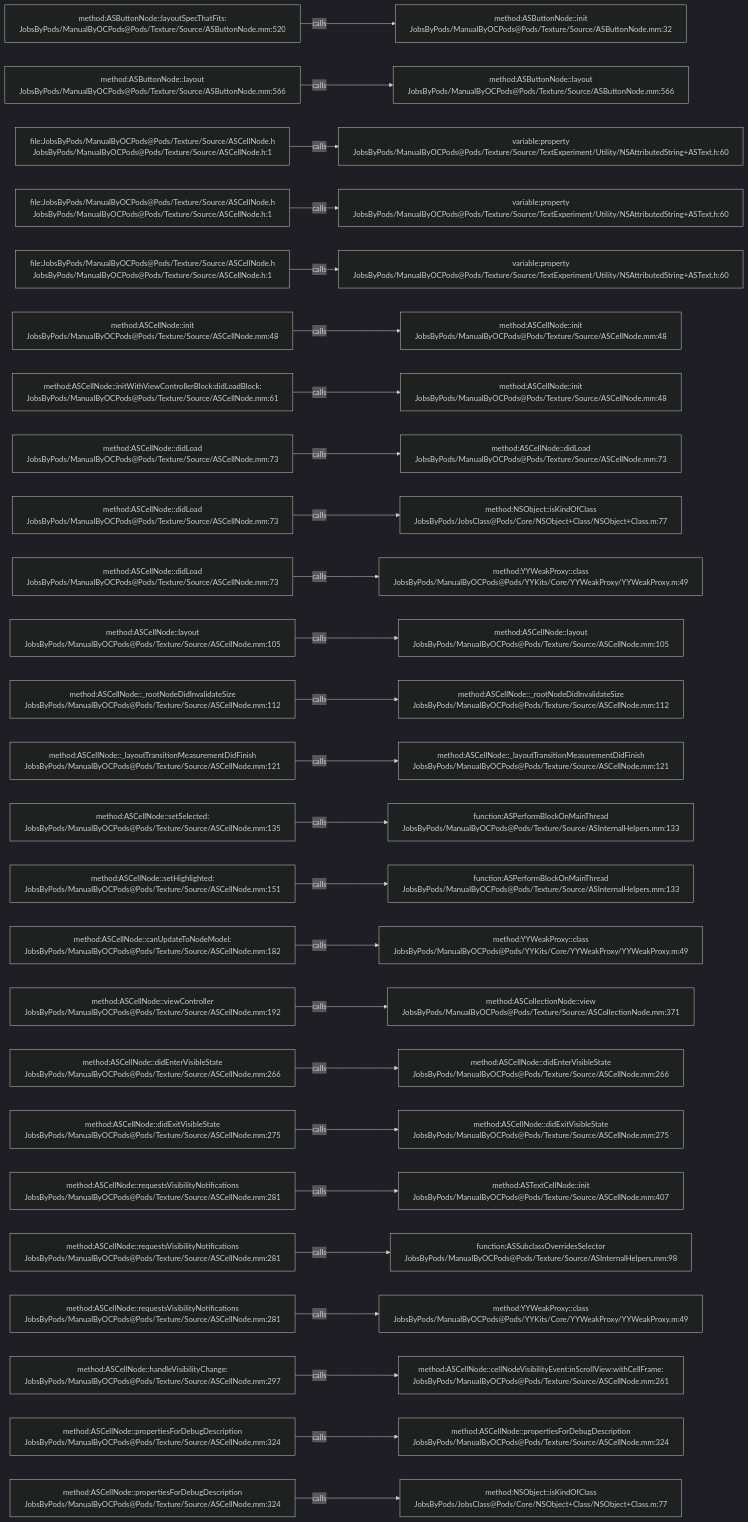
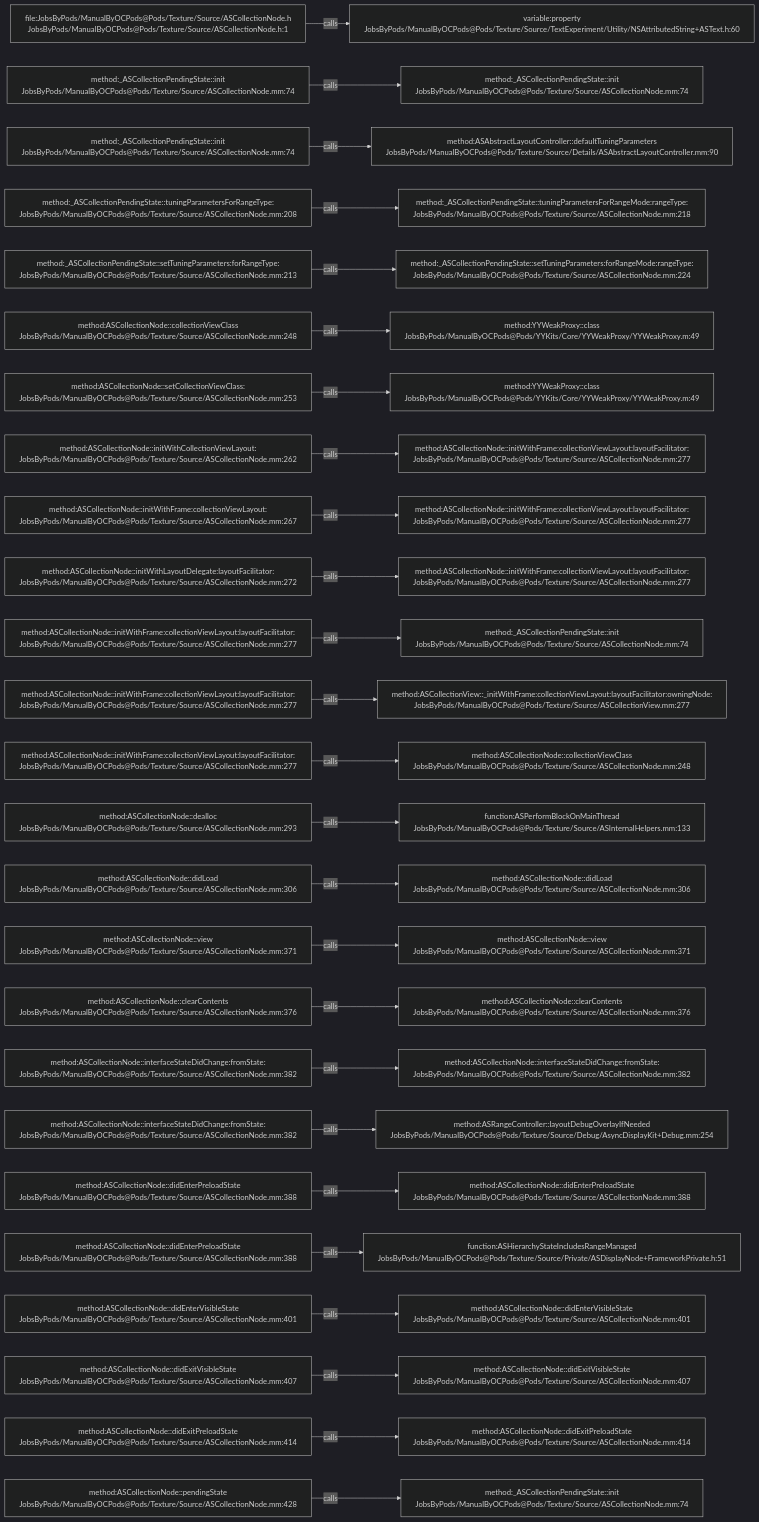
Before and after one commit to JobsKits/JobsOCBaseConfigDemo: the diagram in .codegraph/codegraph.md/graphs/calls-074.md, drawn with Mermaid (dark theme). The commit also changed 1353 other files, not shown here.

````diff
--- a/.codegraph/codegraph.md/graphs/calls-074.md
+++ b/.codegraph/codegraph.md/graphs/calls-074.md
@@ -13,78 +13,78 @@
 ```mermaid
 flowchart LR
-  S1["method:ASButtonNode::layoutSpecThatFits:<br/>JobsByPods/ManualByOCPods@Pods/Texture/Source/ASButtonNode.mm:520"]
-  T1["method:ASButtonNode::init<br/>JobsByPods/ManualByOCPods@Pods/Texture/Source/ASButtonNode.mm:32"]
+  S1["file:JobsByPods/ManualByOCPods@Pods/Texture/Source/ASCollectionNode.h<br/>JobsByPods/ManualByOCPods@Pods/Texture/Source/ASCollectionNode.h:1"]
+  T1["variable:property<br/>JobsByPods/ManualByOCPods@Pods/Texture/Source/TextExperiment/Utility/NSAttributedString+ASText.h:60"]
   S1 -->|calls| T1
-  S2["method:ASButtonNode::layout<br/>JobsByPods/ManualByOCPods@Pods/Texture/Source/ASButtonNode.mm:566"]
-  T2["method:ASButtonNode::layout<br/>JobsByPods/ManualByOCPods@Pods/Texture/Source/ASButtonNode.mm:566"]
+  S2["method:_ASCollectionPendingState::init<br/>JobsByPods/ManualByOCPods@Pods/Texture/Source/ASCollectionNode.mm:74"]
+  T2["method:_ASCollectionPendingState::init<br/>JobsByPods/ManualByOCPods@Pods/Texture/Source/ASCollectionNode.mm:74"]
   S2 -->|calls| T2
-  S3["file:JobsByPods/ManualByOCPods@Pods/Texture/Source/ASCellNode.h<br/>JobsByPods/ManualByOCPods@Pods/Texture/Source/ASCellNode.h:1"]
-  T3["variable:property<br/>JobsByPods/ManualByOCPods@Pods/Texture/Source/TextExperiment/Utility/NSAttributedString+ASText.h:60"]
+  S3["method:_ASCollectionPendingState::init<br/>JobsByPods/ManualByOCPods@Pods/Texture/Source/ASCollectionNode.mm:74"]
+  T3["method:ASAbstractLayoutController::defaultTuningParameters<br/>JobsByPods/ManualByOCPods@Pods/Texture/Source/Details/ASAbstractLayoutController.mm:90"]
   S3 -->|calls| T3
-  S4["file:JobsByPods/ManualByOCPods@Pods/Texture/Source/ASCellNode.h<br/>JobsByPods/ManualByOCPods@Pods/Texture/Source/ASCellNode.h:1"]
-  T4["variable:property<br/>JobsByPods/ManualByOCPods@Pods/Texture/Source/TextExperiment/Utility/NSAttributedString+ASText.h:60"]
+  S4["method:_ASCollectionPendingState::tuningParametersForRangeType:<br/>JobsByPods/ManualByOCPods@Pods/Texture/Source/ASCollectionNode.mm:208"]
+  T4["method:_ASCollectionPendingState::tuningParametersForRangeMode:rangeType:<br/>JobsByPods/ManualByOCPods@Pods/Texture/Source/ASCollectionNode.mm:218"]
   S4 -->|calls| T4
-  S5["file:JobsByPods/ManualByOCPods@Pods/Texture/Source/ASCellNode.h<br/>JobsByPods/ManualByOCPods@Pods/Texture/Source/ASCellNode.h:1"]
-  T5["variable:property<br/>JobsByPods/ManualByOCPods@Pods/Texture/Source/TextExperiment/Utility/NSAttributedString+ASText.h:60"]
+  S5["method:_ASCollectionPendingState::setTuningParameters:forRangeType:<br/>JobsByPods/ManualByOCPods@Pods/Texture/Source/ASCollectionNode.mm:213"]
+  T5["method:_ASCollectionPendingState::setTuningParameters:forRangeMode:rangeType:<br/>JobsByPods/ManualByOCPods@Pods/Texture/Source/ASCollectionNode.mm:224"]
   S5 -->|calls| T5
-  S6["method:ASCellNode::init<br/>JobsByPods/ManualByOCPods@Pods/Texture/Source/ASCellNode.mm:48"]
-  T6["method:ASCellNode::init<br/>JobsByPods/ManualByOCPods@Pods/Texture/Source/ASCellNode.mm:48"]
+  S6["method:ASCollectionNode::collectionViewClass<br/>JobsByPods/ManualByOCPods@Pods/Texture/Source/ASCollectionNode.mm:248"]
+  T6["method:YYWeakProxy::class<br/>JobsByPods/ManualByOCPods@Pods/YYKits/Core/YYWeakProxy/YYWeakProxy.m:49"]
   S6 -->|calls| T6
-  S7["method:ASCellNode::initWithViewControllerBlock:didLoadBlock:<br/>JobsByPods/ManualByOCPods@Pods/Texture/Source/ASCellNode.mm:61"]
-  T7["method:ASCellNode::init<br/>JobsByPods/ManualByOCPods@Pods/Texture/Source/ASCellNode.mm:48"]
+  S7["method:ASCollectionNode::setCollectionViewClass:<br/>JobsByPods/ManualByOCPods@Pods/Texture/Source/ASCollectionNode.mm:253"]
+  T7["method:YYWeakProxy::class<br/>JobsByPods/ManualByOCPods@Pods/YYKits/Core/YYWeakProxy/YYWeakProxy.m:49"]
   S7 -->|calls| T7
-  S8["method:ASCellNode::didLoad<br/>JobsByPods/ManualByOCPods@Pods/Texture/Source/ASCellNode.mm:73"]
-  T8["method:ASCellNode::didLoad<br/>JobsByPods/ManualByOCPods@Pods/Texture/Source/ASCellNode.mm:73"]
+  S8["method:ASCollectionNode::initWithCollectionViewLayout:<br/>JobsByPods/ManualByOCPods@Pods/Texture/Source/ASCollectionNode.mm:262"]
+  T8["method:ASCollectionNode::initWithFrame:collectionViewLayout:layoutFacilitator:<br/>JobsByPods/ManualByOCPods@Pods/Texture/Source/ASCollectionNode.mm:277"]
   S8 -->|calls| T8
-  S9["method:ASCellNode::didLoad<br/>JobsByPods/ManualByOCPods@Pods/Texture/Source/ASCellNode.mm:73"]
-  T9["method:NSObject::isKindOfClass<br/>JobsByPods/JobsClass@Pods/Core/NSObject+Class/NSObject+Class.m:77"]
+  S9["method:ASCollectionNode::initWithFrame:collectionViewLayout:<br/>JobsByPods/ManualByOCPods@Pods/Texture/Source/ASCollectionNode.mm:267"]
+  T9["method:ASCollectionNode::initWithFrame:collectionViewLayout:layoutFacilitator:<br/>JobsByPods/ManualByOCPods@Pods/Texture/Source/ASCollectionNode.mm:277"]
   S9 -->|calls| T9
-  S10["method:ASCellNode::didLoad<br/>JobsByPods/ManualByOCPods@Pods/Texture/Source/ASCellNode.mm:73"]
-  T10["method:YYWeakProxy::class<br/>JobsByPods/ManualByOCPods@Pods/YYKits/Core/YYWeakProxy/YYWeakProxy.m:49"]
+  S10["method:ASCollectionNode::initWithLayoutDelegate:layoutFacilitator:<br/>JobsByPods/ManualByOCPods@Pods/Texture/Source/ASCollectionNode.mm:272"]
+  T10["method:ASCollectionNode::initWithFrame:collectionViewLayout:layoutFacilitator:<br/>JobsByPods/ManualByOCPods@Pods/Texture/Source/ASCollectionNode.mm:277"]
   S10 -->|calls| T10
-  S11["method:ASCellNode::layout<br/>JobsByPods/ManualByOCPods@Pods/Texture/Source/ASCellNode.mm:105"]
-  T11["method:ASCellNode::layout<br/>JobsByPods/ManualByOCPods@Pods/Texture/Source/ASCellNode.mm:105"]
+  S11["method:ASCollectionNode::initWithFrame:collectionViewLayout:layoutFacilitator:<br/>JobsByPods/ManualByOCPods@Pods/Texture/Source/ASCollectionNode.mm:277"]
+  T11["method:_ASCollectionPendingState::init<br/>JobsByPods/ManualByOCPods@Pods/Texture/Source/ASCollectionNode.mm:74"]
   S11 -->|calls| T11
-  S12["method:ASCellNode::_rootNodeDidInvalidateSize<br/>JobsByPods/ManualByOCPods@Pods/Texture/Source/ASCellNode.mm:112"]
-  T12["method:ASCellNode::_rootNodeDidInvalidateSize<br/>JobsByPods/ManualByOCPods@Pods/Texture/Source/ASCellNode.mm:112"]
+  S12["method:ASCollectionNode::initWithFrame:collectionViewLayout:layoutFacilitator:<br/>JobsByPods/ManualByOCPods@Pods/Texture/Source/ASCollectionNode.mm:277"]
+  T12["method:ASCollectionView::_initWithFrame:collectionViewLayout:layoutFacilitator:owningNode:<br/>JobsByPods/ManualByOCPods@Pods/Texture/Source/ASCollectionView.mm:277"]
   S12 -->|calls| T12
-  S13["method:ASCellNode::_layoutTransitionMeasurementDidFinish<br/>JobsByPods/ManualByOCPods@Pods/Texture/Source/ASCellNode.mm:121"]
-  T13["method:ASCellNode::_layoutTransitionMeasurementDidFinish<br/>JobsByPods/ManualByOCPods@Pods/Texture/Source/ASCellNode.mm:121"]
+  S13["method:ASCollectionNode::initWithFrame:collectionViewLayout:layoutFacilitator:<br/>JobsByPods/ManualByOCPods@Pods/Texture/Source/ASCollectionNode.mm:277"]
+  T13["method:ASCollectionNode::collectionViewClass<br/>JobsByPods/ManualByOCPods@Pods/Texture/Source/ASCollectionNode.mm:248"]
   S13 -->|calls| T13
-  S14["method:ASCellNode::setSelected:<br/>JobsByPods/ManualByOCPods@Pods/Texture/Source/ASCellNode.mm:135"]
+  S14["method:ASCollectionNode::dealloc<br/>JobsByPods/ManualByOCPods@Pods/Texture/Source/ASCollectionNode.mm:293"]
   T14["function:ASPerformBlockOnMainThread<br/>JobsByPods/ManualByOCPods@Pods/Texture/Source/ASInternalHelpers.mm:133"]
   S14 -->|calls| T14
-  S15["method:ASCellNode::setHighlighted:<br/>JobsByPods/ManualByOCPods@Pods/Texture/Source/ASCellNode.mm:151"]
-  T15["function:ASPerformBlockOnMainThread<br/>JobsByPods/ManualByOCPods@Pods/Texture/Source/ASInternalHelpers.mm:133"]
+  S15["method:ASCollectionNode::didLoad<br/>JobsByPods/ManualByOCPods@Pods/Texture/Source/ASCollectionNode.mm:306"]
+  T15["method:ASCollectionNode::didLoad<br/>JobsByPods/ManualByOCPods@Pods/Texture/Source/ASCollectionNode.mm:306"]
   S15 -->|calls| T15
-  S16["method:ASCellNode::canUpdateToNodeModel:<br/>JobsByPods/ManualByOCPods@Pods/Texture/Source/ASCellNode.mm:182"]
-  T16["method:YYWeakProxy::class<br/>JobsByPods/ManualByOCPods@Pods/YYKits/Core/YYWeakProxy/YYWeakProxy.m:49"]
+  S16["method:ASCollectionNode::view<br/>JobsByPods/ManualByOCPods@Pods/Texture/Source/ASCollectionNode.mm:371"]
+  T16["method:ASCollectionNode::view<br/>JobsByPods/ManualByOCPods@Pods/Texture/Source/ASCollectionNode.mm:371"]
   S16 -->|calls| T16
-  S17["method:ASCellNode::viewController<br/>JobsByPods/ManualByOCPods@Pods/Texture/Source/ASCellNode.mm:192"]
-  T17["method:ASCollectionNode::view<br/>JobsByPods/ManualByOCPods@Pods/Texture/Source/ASCollectionNode.mm:371"]
+  S17["method:ASCollectionNode::clearContents<br/>JobsByPods/ManualByOCPods@Pods/Texture/Source/ASCollectionNode.mm:376"]
+  T17["method:ASCollectionNode::clearContents<br/>JobsByPods/ManualByOCPods@Pods/Texture/Source/ASCollectionNode.mm:376"]
   S17 -->|calls| T17
-  S18["method:ASCellNode::didEnterVisibleState<br/>JobsByPods/ManualByOCPods@Pods/Texture/Source/ASCellNode.mm:266"]
-  T18["method:ASCellNode::didEnterVisibleState<br/>JobsByPods/ManualByOCPods@Pods/Texture/Source/ASCellNode.mm:266"]
+  S18["method:ASCollectionNode::interfaceStateDidChange:fromState:<br/>JobsByPods/ManualByOCPods@Pods/Texture/Source/ASCollectionNode.mm:382"]
+  T18["method:ASCollectionNode::interfaceStateDidChange:fromState:<br/>JobsByPods/ManualByOCPods@Pods/Texture/Source/ASCollectionNode.mm:382"]
   S18 -->|calls| T18
-  S19["method:ASCellNode::didExitVisibleState<br/>JobsByPods/ManualByOCPods@Pods/Texture/Source/ASCellNode.mm:275"]
-  T19["method:ASCellNode::didExitVisibleState<br/>JobsByPods/ManualByOCPods@Pods/Texture/Source/ASCellNode.mm:275"]
+  S19["method:ASCollectionNode::interfaceStateDidChange:fromState:<br/>JobsByPods/ManualByOCPods@Pods/Texture/Source/ASCollectionNode.mm:382"]
+  T19["method:ASRangeController::layoutDebugOverlayIfNeeded<br/>JobsByPods/ManualByOCPods@Pods/Texture/Source/Debug/AsyncDisplayKit+Debug.mm:254"]
   S19 -->|calls| T19
-  S20["method:ASCellNode::requestsVisibilityNotifications<br/>JobsByPods/ManualByOCPods@Pods/Texture/Source/ASCellNode.mm:281"]
-  T20["method:ASTextCellNode::init<br/>JobsByPods/ManualByOCPods@Pods/Texture/Source/ASCellNode.mm:407"]
+  S20["method:ASCollectionNode::didEnterPreloadState<br/>JobsByPods/ManualByOCPods@Pods/Texture/Source/ASCollectionNode.mm:388"]
+  T20["method:ASCollectionNode::didEnterPreloadState<br/>JobsByPods/ManualByOCPods@Pods/Texture/Source/ASCollectionNode.mm:388"]
   S20 -->|calls| T20
-  S21["method:ASCellNode::requestsVisibilityNotifications<br/>JobsByPods/ManualByOCPods@Pods/Texture/Source/ASCellNode.mm:281"]
-  T21["function:ASSubclassOverridesSelector<br/>JobsByPods/ManualByOCPods@Pods/Texture/Source/ASInternalHelpers.mm:98"]
+  S21["method:ASCollectionNode::didEnterPreloadState<br/>JobsByPods/ManualByOCPods@Pods/Texture/Source/ASCollectionNode.mm:388"]
+  T21["function:ASHierarchyStateIncludesRangeManaged<br/>JobsByPods/ManualByOCPods@Pods/Texture/Source/Private/ASDisplayNode+FrameworkPrivate.h:51"]
   S21 -->|calls| T21
-  S22["method:ASCellNode::requestsVisibilityNotifications<br/>JobsByPods/ManualByOCPods@Pods/Texture/Source/ASCellNode.mm:281"]
-  T22["method:YYWeakProxy::class<br/>JobsByPods/ManualByOCPods@Pods/YYKits/Core/YYWeakProxy/YYWeakProxy.m:49"]
+  S22["method:ASCollectionNode::didEnterVisibleState<br/>JobsByPods/ManualByOCPods@Pods/Texture/Source/ASCollectionNode.mm:401"]
+  T22["method:ASCollectionNode::didEnterVisibleState<br/>JobsByPods/ManualByOCPods@Pods/Texture/Source/ASCollectionNode.mm:401"]
   S22 -->|calls| T22
-  S23["method:ASCellNode::handleVisibilityChange:<br/>JobsByPods/ManualByOCPods@Pods/Texture/Source/ASCellNode.mm:297"]
-  T23["method:ASCellNode::cellNodeVisibilityEvent:inScrollView:withCellFrame:<br/>JobsByPods/ManualByOCPods@Pods/Texture/Source/ASCellNode.mm:261"]
+  S23["method:ASCollectionNode::didExitVisibleState<br/>JobsByPods/ManualByOCPods@Pods/Texture/Source/ASCollectionNode.mm:407"]
+  T23["method:ASCollectionNode::didExitVisibleState<br/>JobsByPods/ManualByOCPods@Pods/Texture/Source/ASCollectionNode.mm:407"]
   S23 -->|calls| T23
-  S24["method:ASCellNode::propertiesForDebugDescription<br/>JobsByPods/ManualByOCPods@Pods/Texture/Source/ASCellNode.mm:324"]
-  T24["method:ASCellNode::propertiesForDebugDescription<br/>JobsByPods/ManualByOCPods@Pods/Texture/Source/ASCellNode.mm:324"]
+  S24["method:ASCollectionNode::didExitPreloadState<br/>JobsByPods/ManualByOCPods@Pods/Texture/Source/ASCollectionNode.mm:414"]
+  T24["method:ASCollectionNode::didExitPreloadState<br/>JobsByPods/ManualByOCPods@Pods/Texture/Source/ASCollectionNode.mm:414"]
   S24 -->|calls| T24
-  S25["method:ASCellNode::propertiesForDebugDescription<br/>JobsByPods/ManualByOCPods@Pods/Texture/Source/ASCellNode.mm:324"]
-  T25["method:NSObject::isKindOfClass<br/>JobsByPods/JobsClass@Pods/Core/NSObject+Class/NSObject+Class.m:77"]
+  S25["method:ASCollectionNode::pendingState<br/>JobsByPods/ManualByOCPods@Pods/Texture/Source/ASCollectionNode.mm:428"]
+  T25["method:_ASCollectionPendingState::init<br/>JobsByPods/ManualByOCPods@Pods/Texture/Source/ASCollectionNode.mm:74"]
   S25 -->|calls| T25
 ```
````
